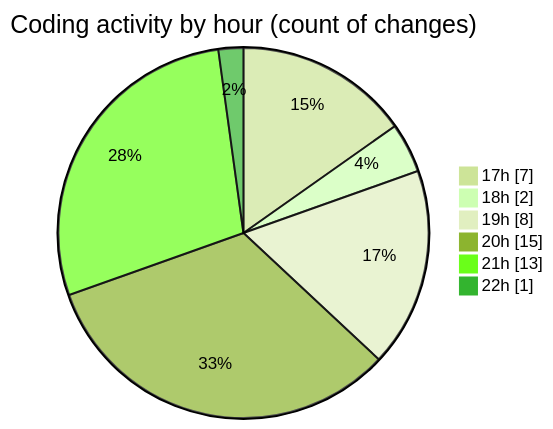
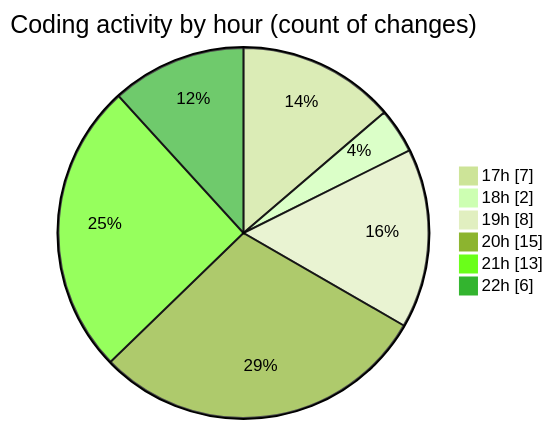
Before and after one commit to MatusMokan/code-tracking: the second of 2 diagrams in 2025-01-12/myws__workspace_/README.md, drawn with Mermaid (forest theme). The commit also changed other lines of this file and 1 other file, not shown here.

````diff
--- a/2025-01-12/myws__workspace_/README.md
+++ b/2025-01-12/myws__workspace_/README.md
@@ -30,10 +30,10 @@
 ```mermaid
 pie showData
 title Coding activity by hour (count of changes)
 "17h" : 7
 "18h" : 2
 "19h" : 8
 "20h" : 15
 "21h" : 13
-"22h" : 1
+"22h" : 6
 ```
````
